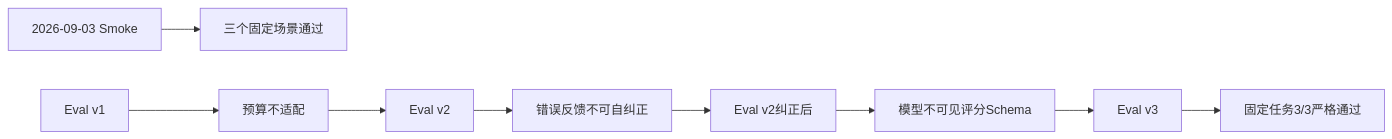
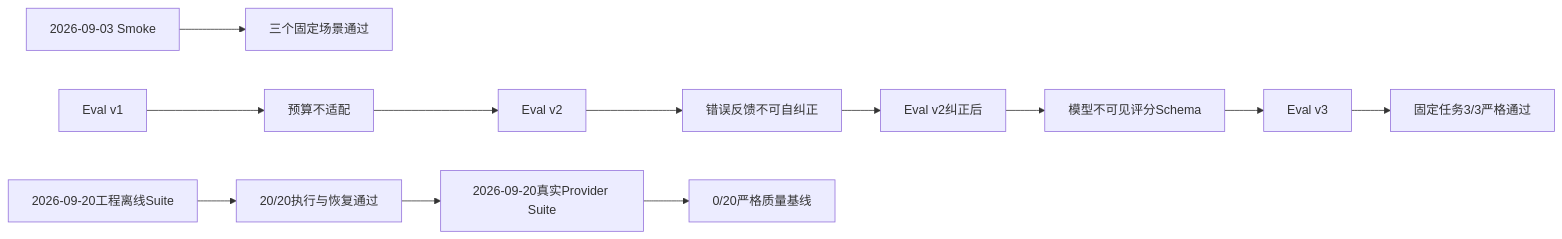
The diagram in docs/validation/README.md (carrie1988/Harnessix), drawn with Mermaid before and after one commit. The commit also changed other lines of this file and 19 other files, not shown here.

````diff
--- a/docs/validation/README.md
+++ b/docs/validation/README.md
@@ -44,11 +46,14 @@
 ```mermaid
 flowchart LR
     Smoke[2026-09-03 Smoke] --> SmokeConclusion[三个固定场景通过]
     V1[Eval v1] --> Budget[预算不适配]
     Budget --> V2[Eval v2]
     V2 --> Feedback[错误反馈不可自纠正]
     Feedback --> V2C[Eval v2纠正后]
     V2C --> PromptGap[模型不可见评分Schema]
     PromptGap --> V3[Eval v3]
     V3 --> Baseline[固定任务3/3严格通过]
+    Offline[2026-09-20工程离线Suite] --> OfflineResult[20/20执行与恢复通过]
+    OfflineResult --> Provider[2026-09-20真实Provider Suite]
+    Provider --> ProviderResult[0/20严格质量基线]
 ```
````
